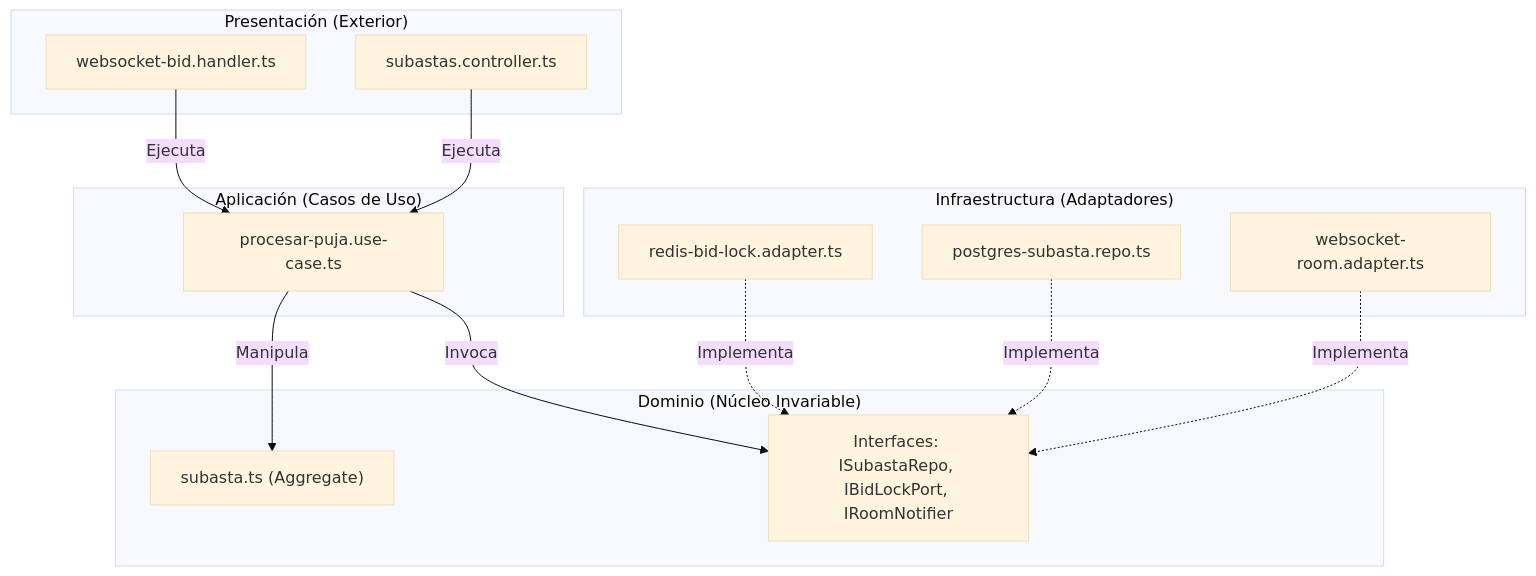
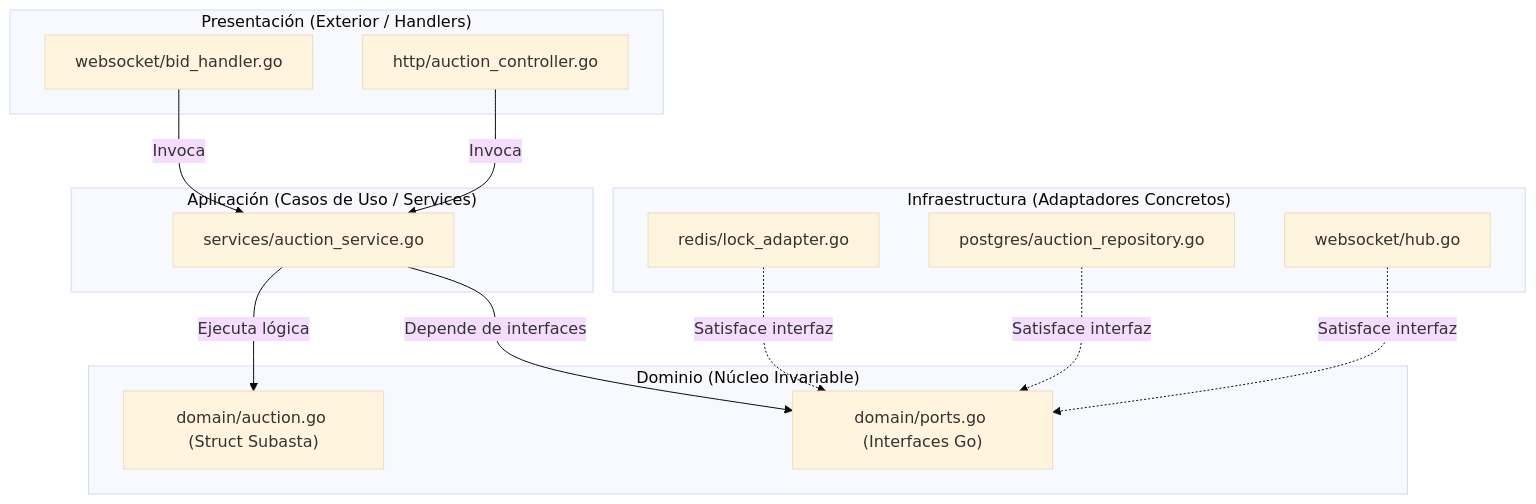
One commit to fxrl01/PlataformaSubastas-arquitSoft-02-Fernando changed the diagram in docs/03-diseño-de-software/diseño-interno/diseño-interno-de-modulos.md. Above: the diagram before and after it, drawn with Mermaid (base theme). The commit also changed other lines of this file and 5 other files, not shown here.

````diff
--- a/docs/03-diseño-de-software/diseño-interno/diseño-interno-de-modulos.md
+++ b/docs/03-diseño-de-software/diseño-interno/diseño-interno-de-modulos.md
@@ -62,30 +71,30 @@
 ```mermaid
 graph TD
-    subgraph Presentacion["Presentación (Exterior)"]
-        WSHandler["websocket-bid.handler.ts"]
-        RESTCtrl["subastas.controller.ts"]
+    subgraph Presentacion["Presentación (Exterior / Handlers)"]
+        WSHandler["websocket/bid_handler.go"]
+        RESTCtrl["http/auction_controller.go"]
     end
 
-    subgraph Aplicacion["Aplicación (Casos de Uso)"]
-        UseCase["procesar-puja.use-case.ts"]
+    subgraph Aplicacion["Aplicación (Casos de Uso / Services)"]
+        AuctionService["services/auction_service.go"]
     end
 
     subgraph Dominio["Dominio (Núcleo Invariable)"]
-        Entity["subasta.ts (Aggregate)"]
-        Ports["Interfaces: ISubastaRepo, IBidLockPort, IRoomNotifier"]
+        AuctionEntity["domain/auction.go (Struct Subasta)"]
+        Ports["domain/ports.go (Interfaces Go)"]
     end
 
-    subgraph Infraestructura["Infraestructura (Adaptadores)"]
-        RedisLock["redis-bid-lock.adapter.ts"]
-        PGRepo["postgres-subasta.repo.ts"]
-        WSNotifier["websocket-room.adapter.ts"]
+    subgraph Infraestructura["Infraestructura (Adaptadores Concretos)"]
+        RedisLock["redis/lock_adapter.go"]
+        PGRepo["postgres/auction_repository.go"]
+        WSHub["websocket/hub.go"]
     end
 
-    WSHandler -->|Ejecuta| UseCase
-    RESTCtrl -->|Ejecuta| UseCase
-    UseCase -->|Manipula| Entity
-    UseCase -->|Invoca| Ports
-    RedisLock -.->|Implementa| Ports
-    PGRepo -.->|Implementa| Ports
-    WSNotifier -.->|Implementa| Ports
+    WSHandler -->|Invoca| AuctionService
+    RESTCtrl -->|Invoca| AuctionService
+    AuctionService -->|Ejecuta lógica| AuctionEntity
+    AuctionService -->|Depende de interfaces| Ports
+    RedisLock -.->|Satisface interfaz| Ports
+    PGRepo -.->|Satisface interfaz| Ports
+    WSHub -.->|Satisface interfaz| Ports
 ```
````
